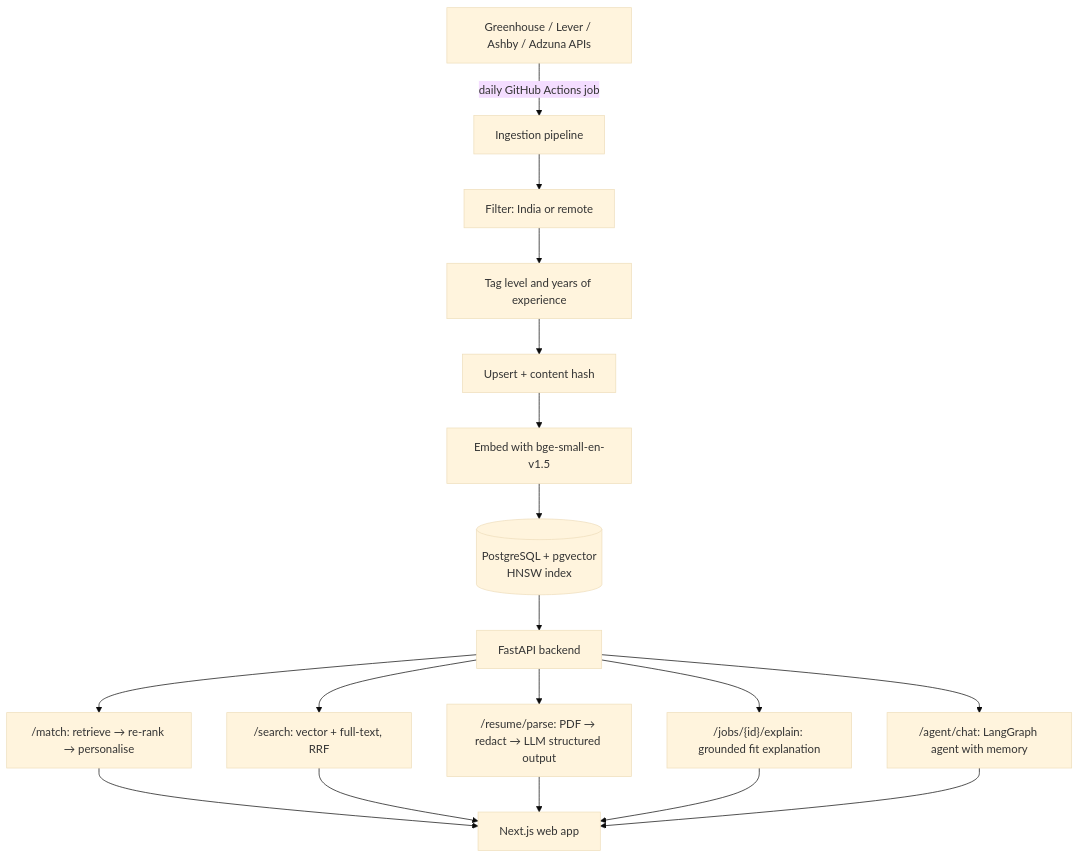
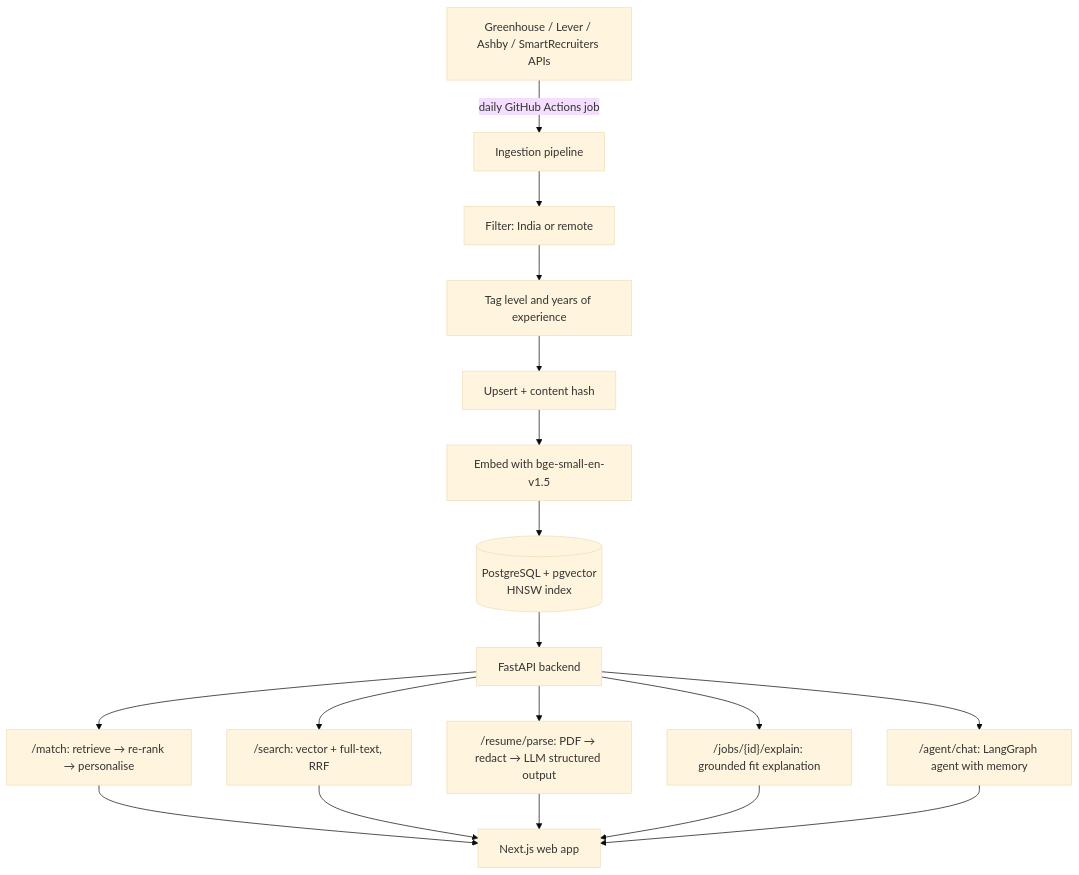
Before and after one commit to bhargavi-46/InternMatch: the diagram in README.md, drawn with Mermaid (base theme). The commit also changed other lines of this file and 12 other files, not shown here.

Commit message:
Replace Adzuna with free SmartRecruiters and more company job boards

````diff
--- a/README.md
+++ b/README.md
@@ -71,18 +71,18 @@
 ```mermaid
 flowchart TD
-    A[Greenhouse / Lever / Ashby / Adzuna APIs] -->|daily GitHub Actions job| B[Ingestion pipeline]
+    A[Greenhouse / Lever / Ashby / SmartRecruiters APIs] -->|daily GitHub Actions job| B[Ingestion pipeline]
     B --> B1[Filter: India or remote]
     B1 --> B2[Tag level and years of experience]
     B2 --> B3[Upsert + content hash]
     B3 --> B4[Embed with bge-small-en-v1.5]
     B4 --> C[(PostgreSQL + pgvector<br/>HNSW index)]
 
     C --> D[FastAPI backend]
     D --> D1["/match: retrieve → re-rank → personalise"]
     D --> D2["/search: vector + full-text, RRF"]
     D --> D3["/resume/parse: PDF → redact → LLM structured output"]
     D --> D4["/jobs/{id}/explain: grounded fit explanation"]
     D --> D5["/agent/chat: LangGraph agent with memory"]
 
     D1 & D2 & D3 & D4 & D5 --> E[Next.js web app]
 ```
````
